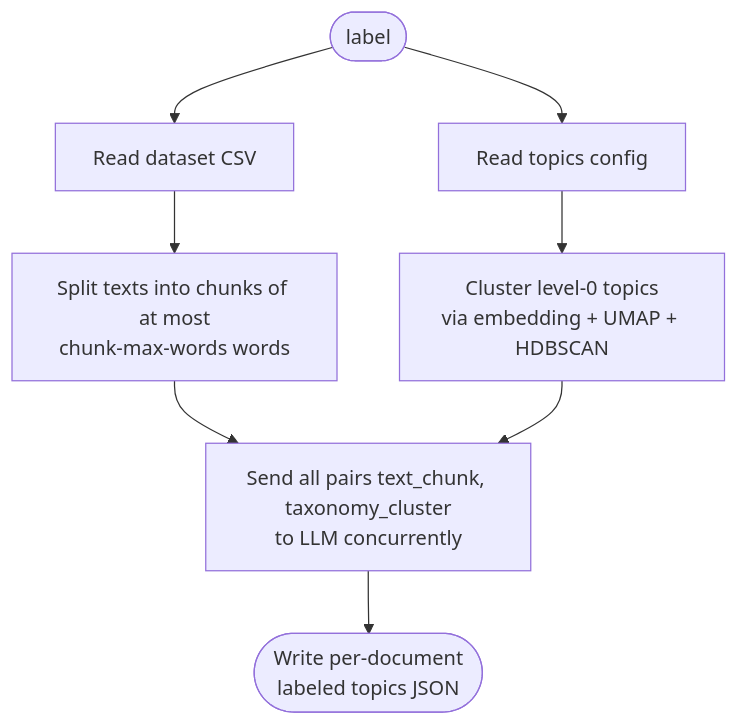
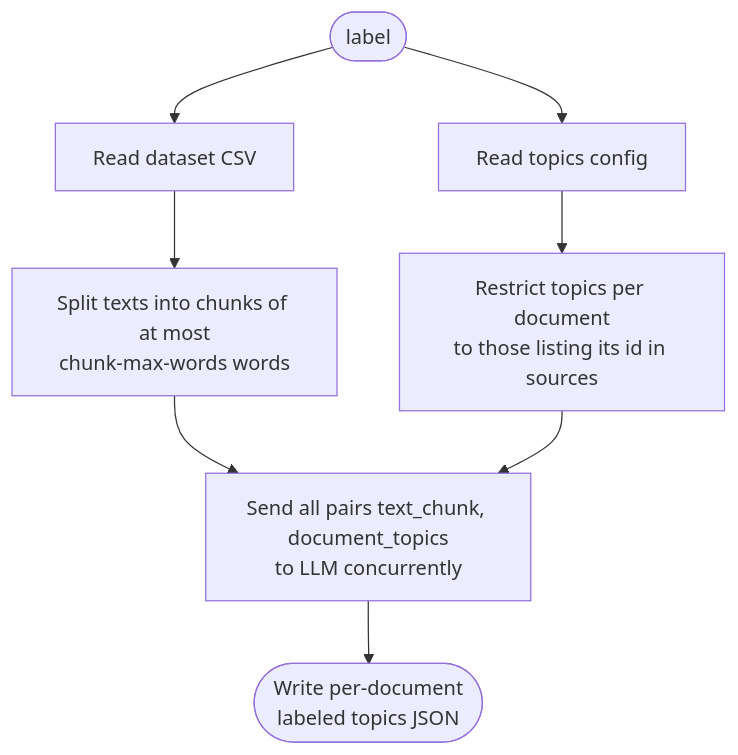
Before and after one commit to dataforgoodfr/cahier_doleances: the fifth of 5 diagrams in topic-builder/README.md, drawn with Mermaid. The commit also changed other lines of this file and 37 other files, not shown here.

````diff
--- a/topic-builder/README.md
+++ b/topic-builder/README.md
@@ -346,10 +351,10 @@
 ```mermaid
 flowchart TD
     A([label]) --> B[Read dataset CSV]
     B --> C[Split texts into chunks of at most\nchunk-max-words words]
     A --> D[Read topics config]
-    D --> E[Cluster level-0 topics\nvia embedding + UMAP + HDBSCAN]
-    C --> F[Send all pairs text_chunk, taxonomy_cluster\nto LLM concurrently]
+    D --> E[Restrict topics per document\nto those listing its id in sources]
+    C --> F[Send all pairs text_chunk, document_topics\nto LLM concurrently]
     E --> F
     F --> G([Write per-document\nlabeled topics JSON])
 ```
````
